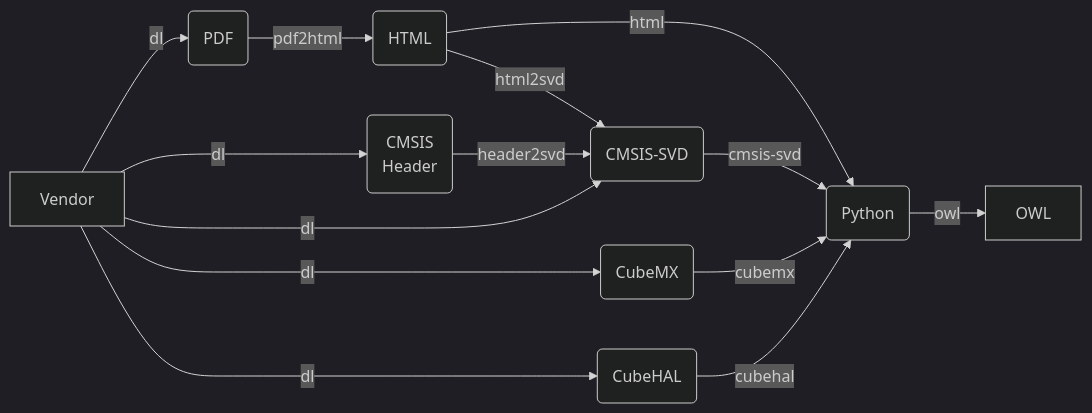
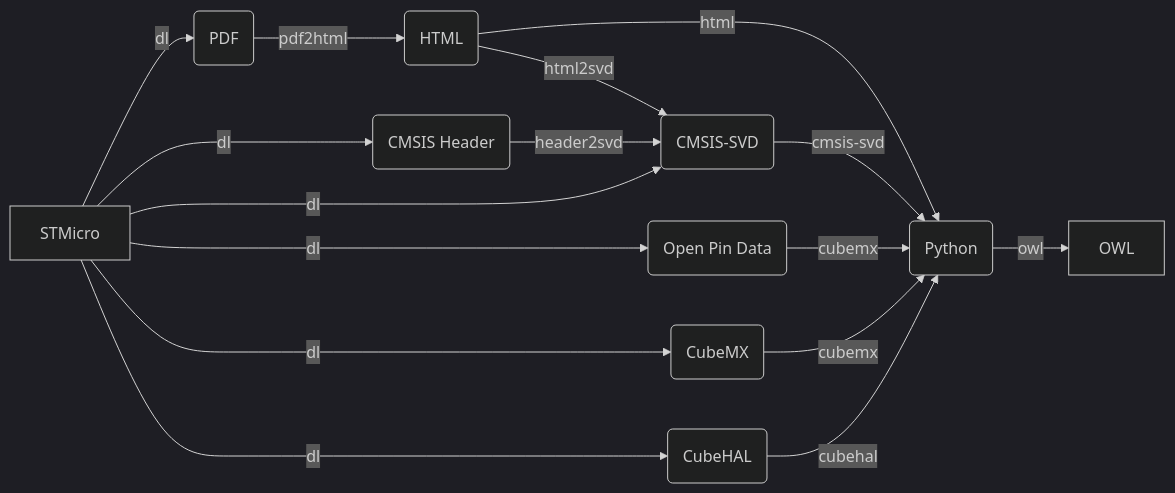
Before and after one commit to modm-io/modm-data: the diagram in README.md, drawn with Mermaid (dark theme). The commit also changed other lines of this file and 9 other files, not shown here.

````diff
--- a/README.md
+++ b/README.md
@@ -52,17 +52,19 @@
 ```mermaid
 flowchart LR
     A(PDF) -->|pdf2html| B
     B -->|html2svd| D
     B(HTML) -->|html| C
     C(Python) -->|owl| E
     D(CMSIS-SVD) -->|cmsis-svd| C
     E[OWL]
-    F(CMSIS\nHeader) -->|header2svd| D
+    F(CMSIS Header) -->|header2svd| D
+    I(Open Pin Data) -->|cubemx| C
     G(CubeMX) -->|cubemx| C
     H(CubeHAL) -->|cubehal| C
     J -->|dl| A
     J -->|dl| F
     J -->|dl| G
     J -->|dl| H
-    J[Vendor] -->|dl| D
+    J -->|dl| I
+    J[STMicro] -->|dl| D
 ```
````
